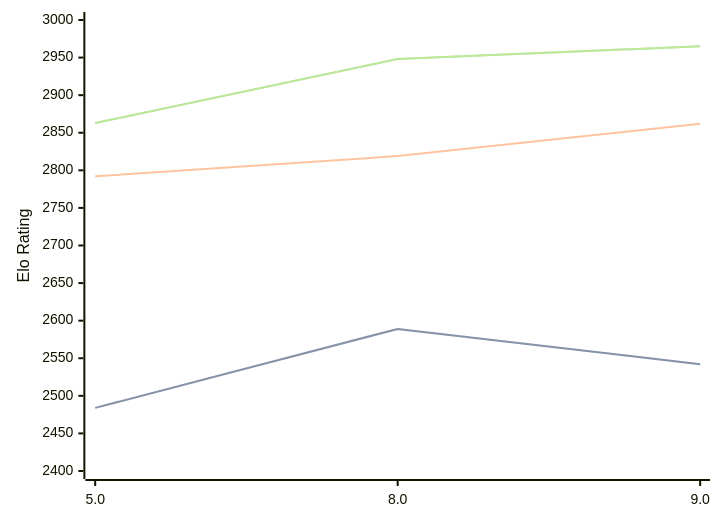
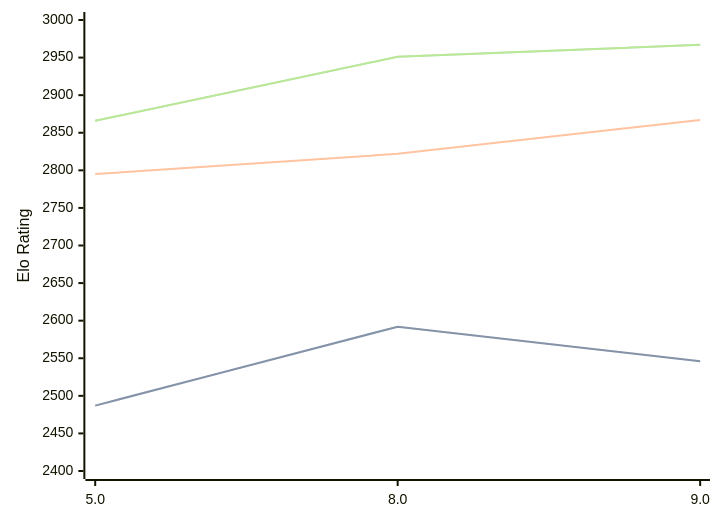
The diagram in engines/4kc.md (computer-chess-index/cci), drawn with Mermaid before and after one commit. The commit also changed other lines of this file, not shown here.

Commit message:
Update CCI Ratings (ELO VLTC) - 2026-09-24

````diff
--- a/engines/4kc.md
+++ b/engines/4kc.md
@@ -33,11 +33,11 @@
 ```mermaid
 %%{init: {"theme":"base","themeVariables":{"seriesColors:['#a3a3a3','#222221','#faa371']}}}%%
 xychart-beta
   x-axis ["5.0", "8.0", "9.0"]
   y-axis "Elo Rating" 2400 --> 3000
-  line "" [2484, 2589, 2542]
-  line "STC (8.0+0.08s)" [2484, 2589, 2542]
-  line "LTC (60.0+0.60s)" [2792, 2819, 2862]
-  line "" [2863, 2948, 2965]
-  line "VLTC (2m24s+1.12s)" [2863, 2948, 2965]
+  line "" [2487, 2592, 2546]
+  line "STC (8.0+0.08s)" [2487, 2592, 2546]
+  line "LTC (60.0+0.60s)" [2795, 2822, 2867]
+  line "" [2866, 2951, 2967]
+  line "VLTC (2m24s+1.12s)" [2866, 2951, 2967]
 ```
````
